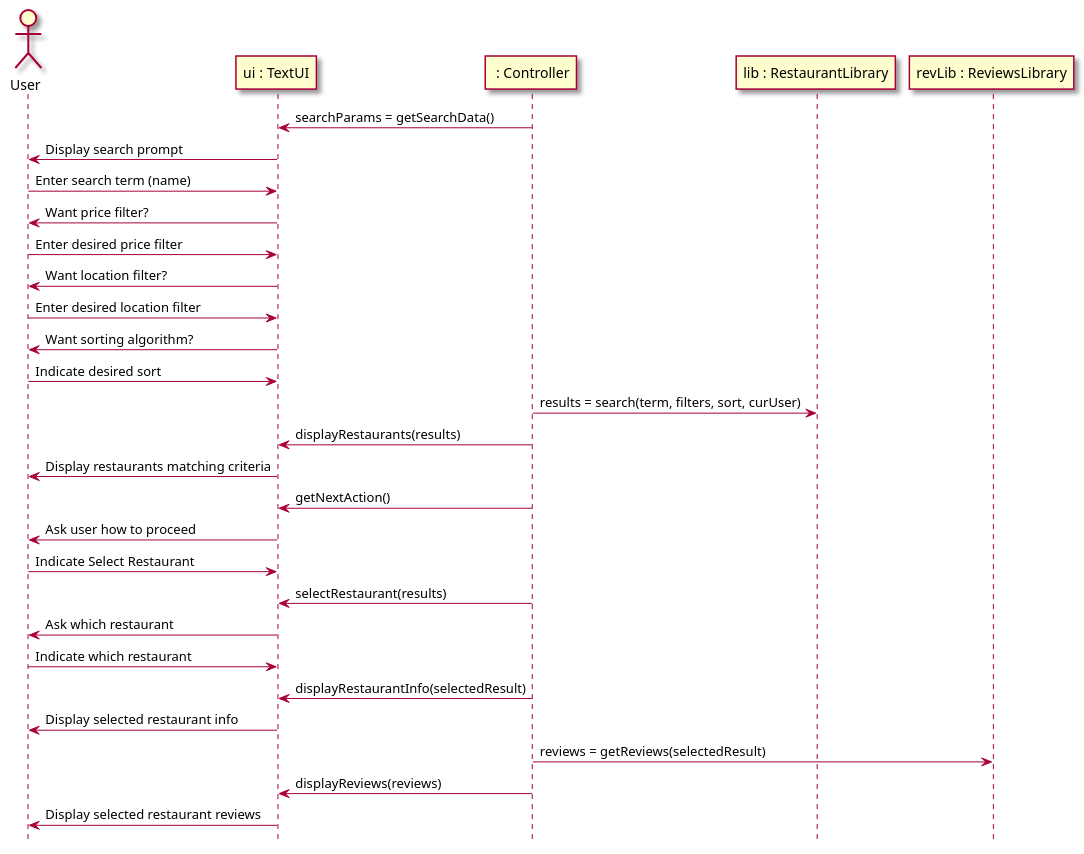
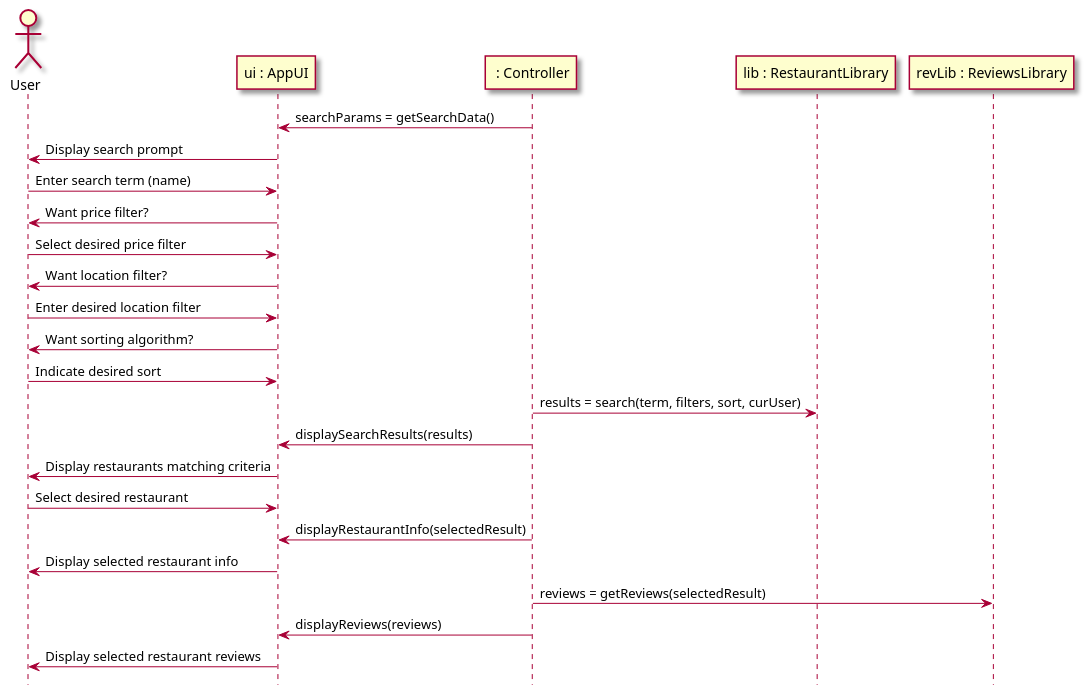
One commit to tanwasp/LunchBox-Android changed the first of 4 diagrams in intellij/doc/design.md. Above: the diagram before and after it, drawn with PlantUML. The commit also changed other lines of this file and 2 other files, not shown here.

Commit message:
Add sequence diagram

````diff
--- a/intellij/doc/design.md
+++ b/intellij/doc/design.md
@@ -5,37 +5,32 @@
 ```plantuml
 @startuml
 hide footbox
 skin rose
 
 actor User as user
-participant "ui : TextUI" as ui
+participant "ui : AppUI" as ui
 participant " : Controller" as controller
 participant "lib : RestaurantLibrary" as lib
 participant "revLib : ReviewsLibrary" as revLib
 
 controller -> ui: searchParams = getSearchData()
 ui -> user : Display search prompt
 user -> ui : Enter search term (name)
 ui -> user : Want price filter?
-user -> ui : Enter desired price filter
+user -> ui : Select desired price filter
 ui -> user : Want location filter?
 user -> ui : Enter desired location filter
 ui -> user : Want sorting algorithm?
 user -> ui : Indicate desired sort
 controller -> lib : results = search(term, filters, sort, curUser)
-controller -> ui : displayRestaurants(results)
+controller -> ui : displaySearchResults(results)
 ui -> user : Display restaurants matching criteria
-controller -> ui : getNextAction()
-ui -> user : Ask user how to proceed
-user -> ui : Indicate Select Restaurant
-controller -> ui : selectRestaurant(results)
-ui -> user : Ask which restaurant
-user -> ui : Indicate which restaurant
+user -> ui : Select desired restaurant
 controller -> ui : displayRestaurantInfo(selectedResult)
 ui -> user : Display selected restaurant info
 controller -> revLib : reviews = getReviews(selectedResult)
 controller -> ui : displayReviews(reviews)
 ui -> user : Display selected restaurant reviews
 
 @enduml
 ```
````
